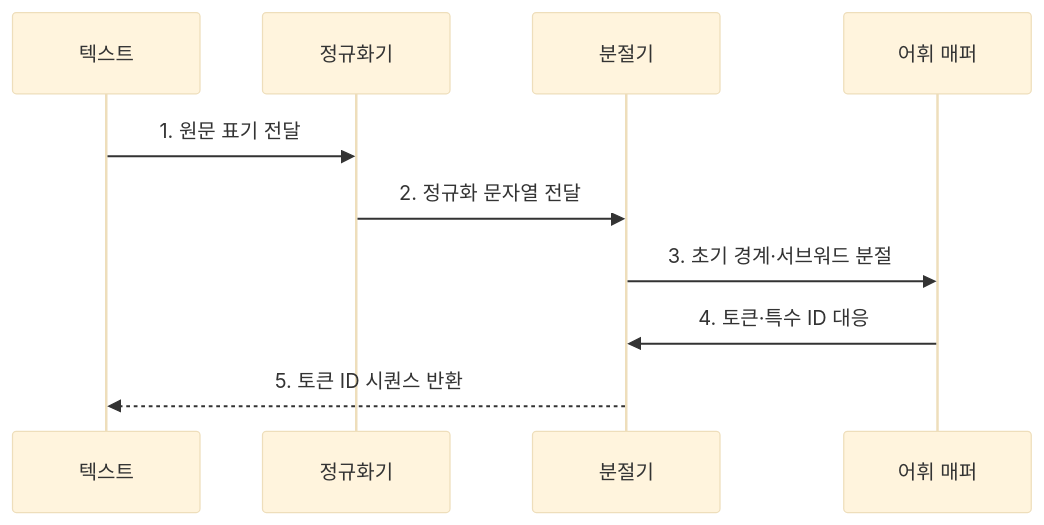
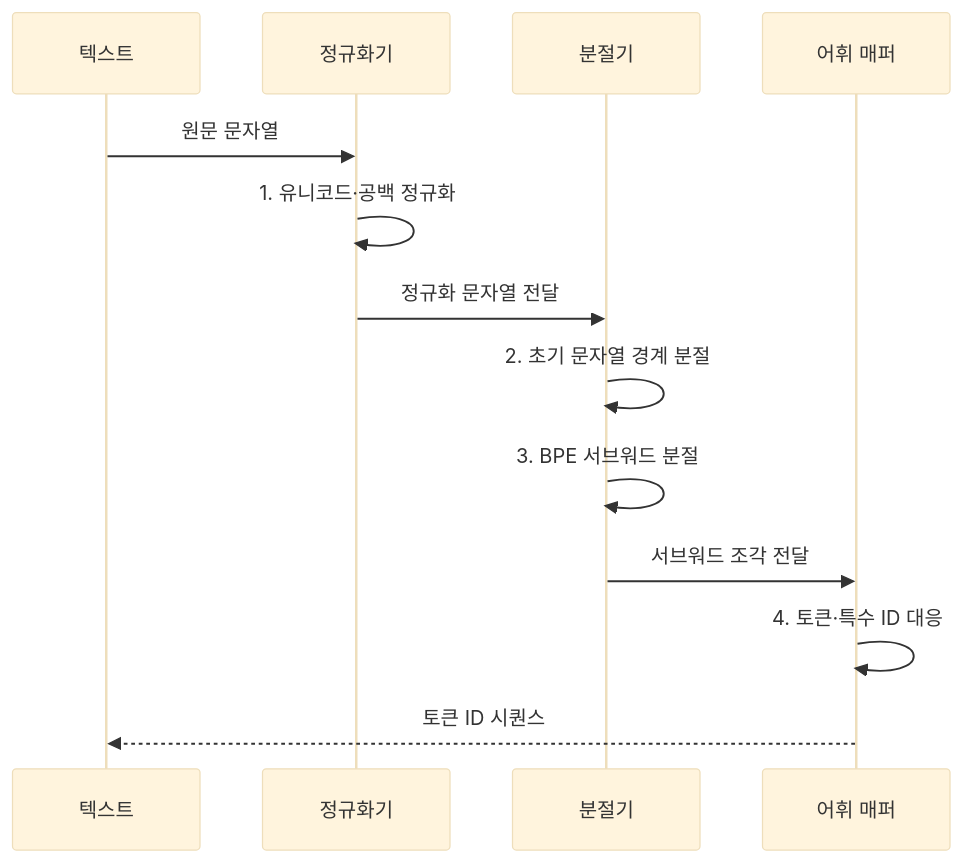
One commit to agnusdei1207/knowledge-base changed the second of 2 diagrams in src/content/docs/notes/08-latest-tech/032_tokenization.md. Above: the diagram before and after it, drawn with Mermaid (base theme). The commit also changed other lines of this file and 225 other files, not shown here.

````diff
--- a/src/content/docs/notes/08-latest-tech/032_tokenization.md
+++ b/src/content/docs/notes/08-latest-tech/032_tokenization.md
@@ -78,12 +78,15 @@
 ```mermaid
 sequenceDiagram
     participant T as 텍스트
     participant N as 정규화기
     participant S as 분절기
     participant V as 어휘 매퍼
-    T->>N: 1. 원문 표기 전달
-    N->>S: 2. 정규화 문자열 전달
-    S->>V: 3. 초기 경계·서브워드 분절
-    V->>S: 4. 토큰·특수 ID 대응
-    S-->>T: 5. 토큰 ID 시퀀스 반환
+    T->>N: 원문 문자열
+    N->>N: 1. 유니코드·공백 정규화
+    N->>S: 정규화 문자열 전달
+    S->>S: 2. 초기 문자열 경계 분절
+    S->>S: 3. BPE 서브워드 분절
+    S->>V: 서브워드 조각 전달
+    V->>V: 4. 토큰·특수 ID 대응
+    V-->>T: 토큰 ID 시퀀스
 ```
````
